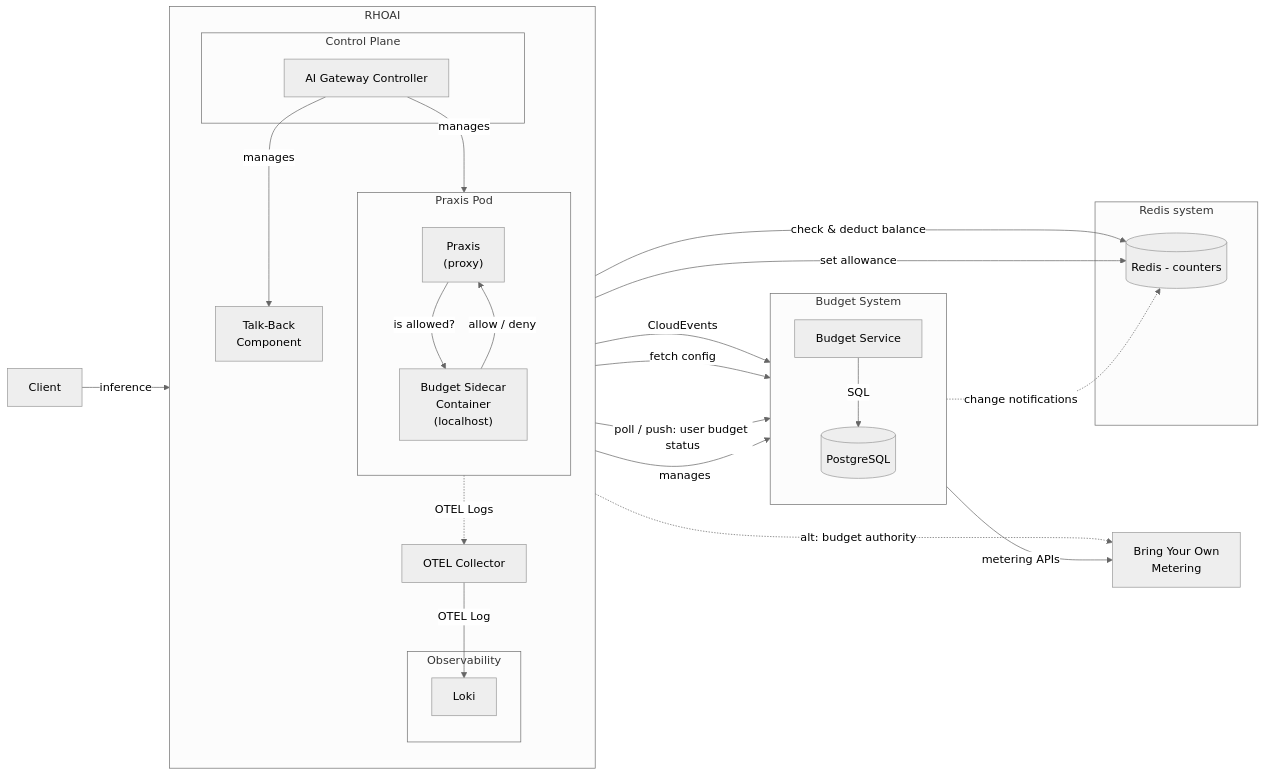
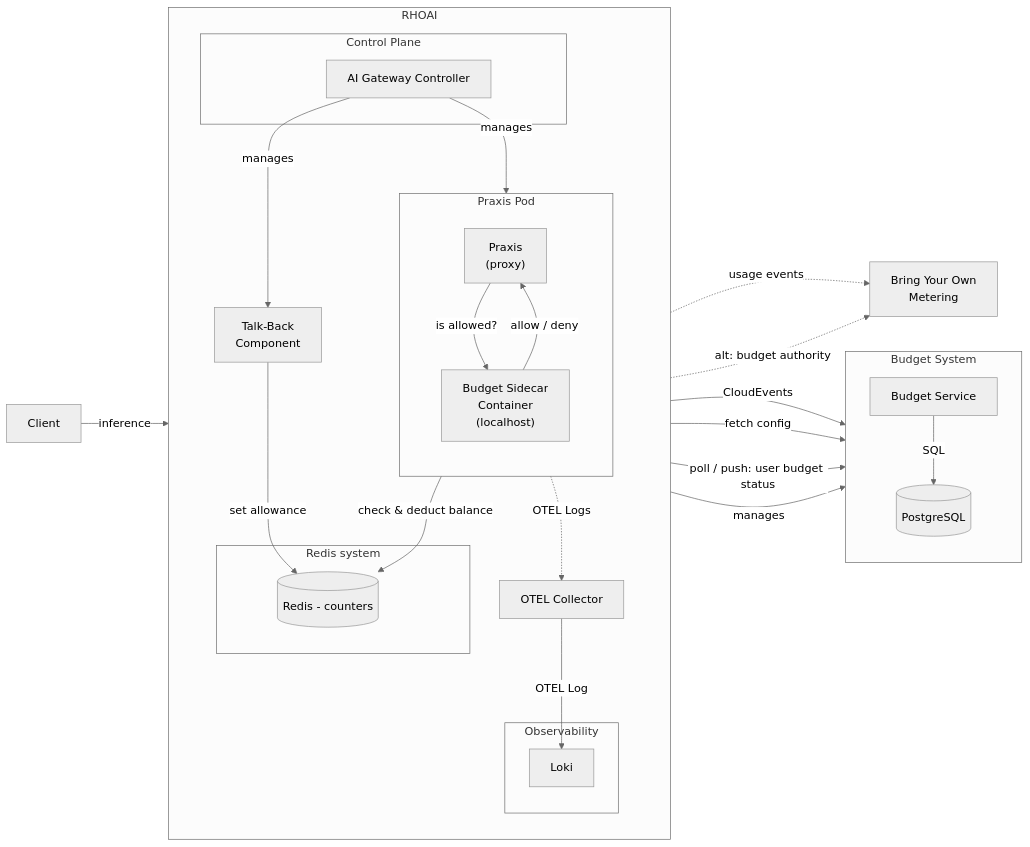
Before and after one commit to ahadas/architecture-decision-records: the first of 3 diagrams in architecture-decision-records/ai-gateway/ODH-ADR-0001-Tokenomics.md, drawn with Mermaid (neutral theme). The commit also changed other lines of this file, not shown here.

````diff
--- a/architecture-decision-records/ai-gateway/ODH-ADR-0001-Tokenomics.md
+++ b/architecture-decision-records/ai-gateway/ODH-ADR-0001-Tokenomics.md
@@ -55,46 +55,45 @@
 ```mermaid
 flowchart LR
- subgraph redis_system["Redis system"]
-        redis[("Redis - counters")]
-  end
  subgraph budget_system["Budget System"]
     direction TB
         postgres[("PostgreSQL")]
         budget_service["Budget Service"]
  end
  subgraph rhoai["RHOAI"]
     direction TB
      subgraph control_plane["Control Plane"]
             aigc["AI Gateway Controller"]
      end
      subgraph praxis_pod["Praxis Pod"]
         direction TB
             praxis["Praxis<br>(proxy)"]
             sidecar["Budget Sidecar<br>Container<br>(localhost)"]
       end
         otel_collector["OTEL Collector"]
         talkback["Talk-Back<br>Component"]
      subgraph obs["Observability"]
             loki["Loki"]
      end
+     subgraph redis_system["Redis system"]
+            redis[("Redis - counters")]
+     end
  end
 
     aigc -- manages --> praxis_pod
     aigc -- manages --> budget_system
     aigc -- manages --> talkback
     praxis -- is allowed? --> sidecar
     sidecar -- check & deduct balance --> redis
     sidecar -- allow / deny --> praxis
     praxis -. OTEL Logs .-> otel_collector
     budget_service -- SQL --> postgres
     client["Client"] -- inference --> praxis
 
     otel_collector -- CloudEvents --> budget_service
     otel_collector -- OTEL Log --> loki
-    budget_service -. change notifications .-> redis
+    otel_collector -. usage events .-> byom["Bring Your Own<br>Metering"]
     sidecar -- fetch config --> budget_service
-    budget_service -- metering APIs --> byom["Bring Your Own<br>Metering"]
     talkback -- poll / push: user budget status --> budget_service
     talkback -. alt: budget authority .-> byom
     talkback -- set allowance --> redis
 ```
````
